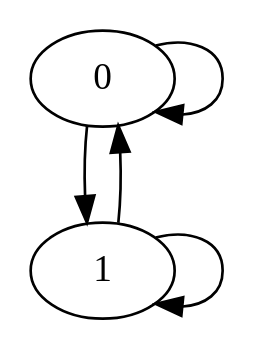
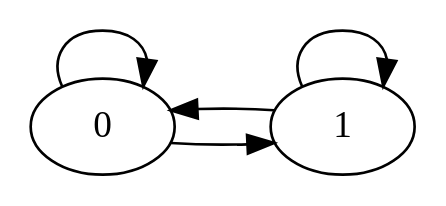
Before and after one commit to Chillee/chillee.github.io: the second of 4 diagrams in walks.md, drawn with Graphviz. The commit also changed other lines of this file and 2 other files, not shown here.

````diff
--- a/walks.md
+++ b/walks.md
@@ -73,8 +73,9 @@
-```dot
+```dot {align="center"}
 digraph G {
+    rankdir="LR"
     0 -> 1
     1 -> 0
     0 -> 0
     1 -> 1
 }
 ```
````
